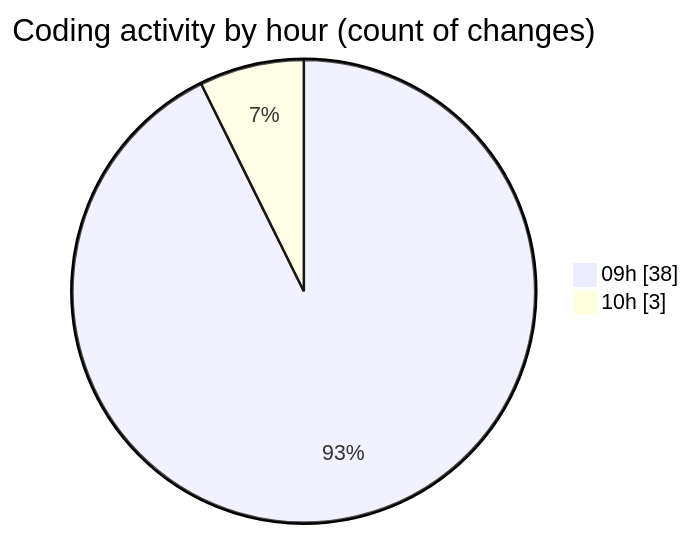
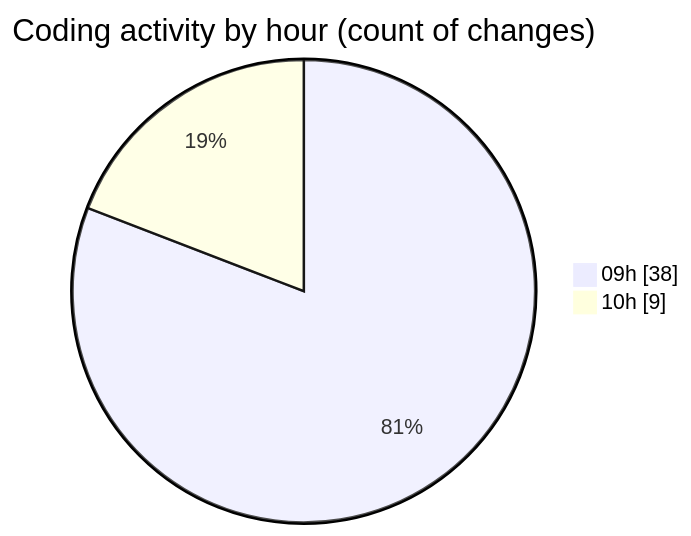
Before and after one commit to momahboobian/code-tracking: the second of 2 diagrams in 2026-07-27/cda/README.md, drawn with Mermaid. The commit also changed other lines of this file and 1 other file, not shown here.

````diff
--- a/2026-07-27/cda/README.md
+++ b/2026-07-27/cda/README.md
@@ -40,6 +40,6 @@
 ```mermaid
 pie showData
 title Coding activity by hour (count of changes)
 "09h" : 38
-"10h" : 3
+"10h" : 9
 ```
````
